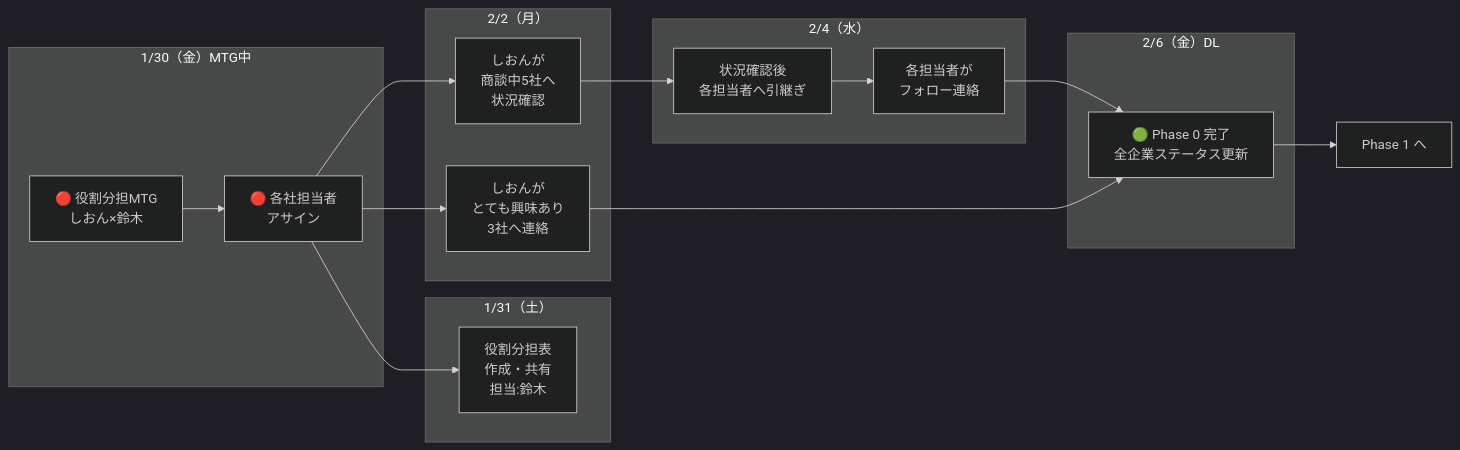
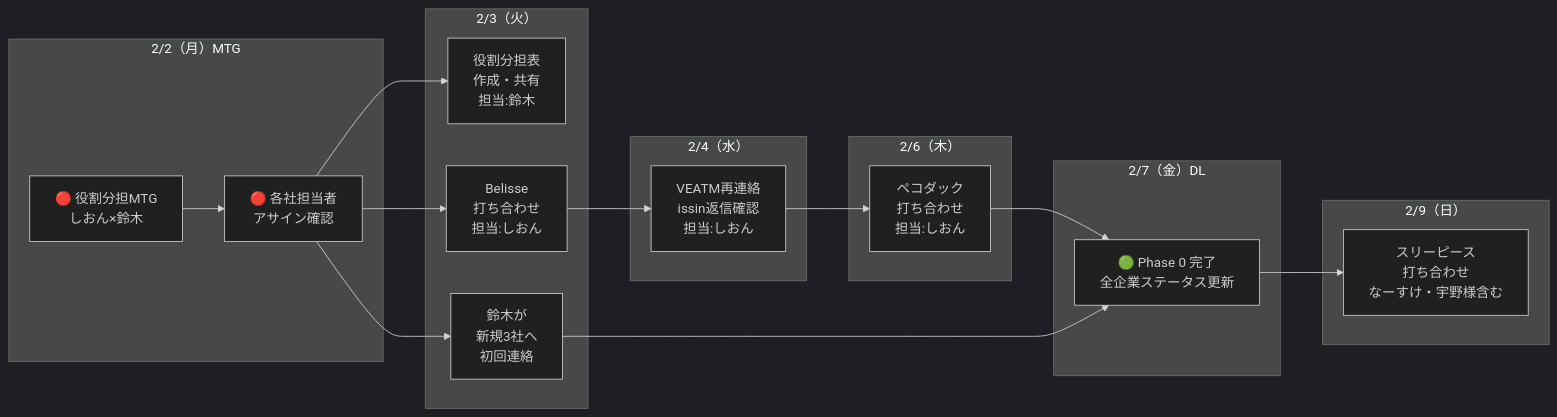
One commit to HarumasaSuzuki-dm/WorkSpaces changed the third of 5 diagrams in 07.Shape/Shape_program_v2/17.協賛企業アプローチプラン/協賛プロジェクト_キックオフMTG_アジェンダ.md. Above: the diagram before and after it, drawn with Mermaid (dark theme). The commit also changed other lines of this file and 3 other files, not shown here.

````diff
--- a/07.Shape/Shape_program_v2/17.協賛企業アプローチプラン/協賛プロジェクト_キックオフMTG_アジェンダ.md
+++ b/07.Shape/Shape_program_v2/17.協賛企業アプローチプラン/協賛プロジェクト_キックオフMTG_アジェンダ.md
@@ -80,32 +81,34 @@
 ```mermaid
 flowchart LR
-    subgraph D1["1/30（金）MTG中"]
+    subgraph D1["2/2（月）MTG"]
         A[🔴 役割分担MTG<br>しおん×鈴木]
-        A2[🔴 各社担当者<br>アサイン]
+        A2[🔴 各社担当者<br>アサイン確認]
     end
 
-    subgraph D2["1/31（土）"]
+    subgraph D2["2/3（火）"]
         B[役割分担表<br>作成・共有<br>担当:鈴木]
+        C[Belisse<br>打ち合わせ<br>担当:しおん]
+        D[鈴木が<br>新規3社へ<br>初回連絡]
     end
 
-    subgraph D3["2/2（月）"]
-        C[しおんが<br>商談中5社へ<br>状況確認]
-        D[しおんが<br>とても興味あり<br>3社へ連絡]
+    subgraph D3["2/4（水）"]
+        E[VEATM再連絡<br>issin返信確認<br>担当:しおん]
     end
 
-    subgraph D4["2/4（水）"]
-        E[状況確認後<br>各担当者へ引継ぎ]
-        F[各担当者が<br>フォロー連絡]
+    subgraph D4["2/6（木）"]
+        F[ペコダック<br>打ち合わせ<br>担当:しおん]
     end
 
-    subgraph D5["2/6（金）DL"]
+    subgraph D5["2/7（金）DL"]
         G[🟢 Phase 0 完了<br>全企業ステータス更新]
+    end
+
+    subgraph D6["2/9（日）"]
+        H[スリーピース<br>打ち合わせ<br>なーすけ・宇野様含む]
     end
 
     A --> A2 --> B
     A2 --> C --> E --> F --> G
     A2 --> D --> G
-
-    G --> H[Phase 1 へ]
-
+    G --> H
 ```
````
